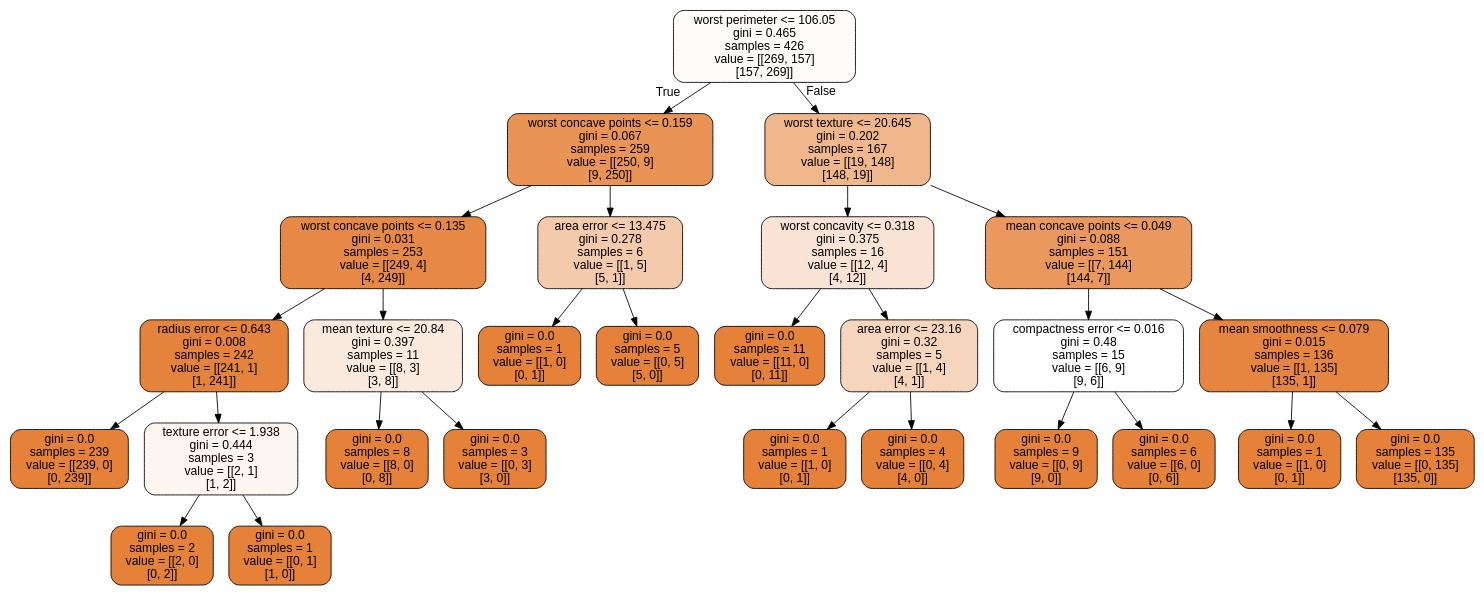
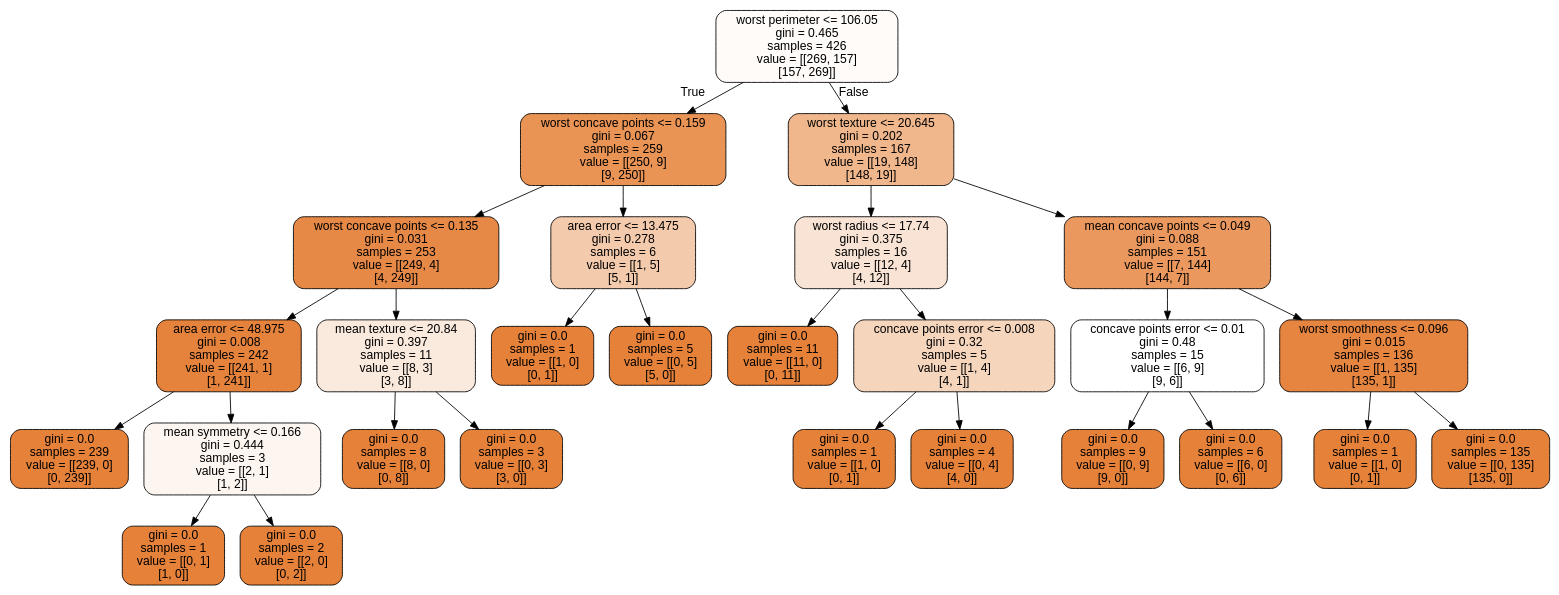
The diagram in doc/pub/week45/ipynb/DataFiles/cancer.dot (CompPhysics/MachineLearning), drawn with Graphviz before and after one commit. The commit also changed 8 other files, not shown here.

```diff
--- a/doc/pub/week45/ipynb/DataFiles/cancer.dot
+++ b/doc/pub/week45/ipynb/DataFiles/cancer.dot
@@ -1,57 +1,57 @@
 digraph Tree {
 node [shape=box, style="filled, rounded", color="black", fontname=helvetica] ;
 edge [fontname=helvetica] ;
 0 [label="worst perimeter <= 106.05\ngini = 0.465\nsamples = 426\nvalue = [[269, 157]\n[157, 269]]", fillcolor="#fefbf9"] ;
 1 [label="worst concave points <= 0.159\ngini = 0.067\nsamples = 259\nvalue = [[250, 9]\n[9, 250]]", fillcolor="#e99355"] ;
 0 -> 1 [labeldistance=2.5, labelangle=45, headlabel="True"] ;
 2 [label="worst concave points <= 0.135\ngini = 0.031\nsamples = 253\nvalue = [[249, 4]\n[4, 249]]", fillcolor="#e78946"] ;
 1 -> 2 ;
-3 [label="radius error <= 0.643\ngini = 0.008\nsamples = 242\nvalue = [[241, 1]\n[1, 241]]", fillcolor="#e5833c"] ;
+3 [label="area error <= 48.975\ngini = 0.008\nsamples = 242\nvalue = [[241, 1]\n[1, 241]]", fillcolor="#e5833c"] ;
 2 -> 3 ;
 4 [label="gini = 0.0\nsamples = 239\nvalue = [[239, 0]\n[0, 239]]", fillcolor="#e58139"] ;
 3 -> 4 ;
-5 [label="texture error <= 1.938\ngini = 0.444\nsamples = 3\nvalue = [[2, 1]\n[1, 2]]", fillcolor="#fdf6f0"] ;
+5 [label="mean symmetry <= 0.166\ngini = 0.444\nsamples = 3\nvalue = [[2, 1]\n[1, 2]]", fillcolor="#fdf6f0"] ;
 3 -> 5 ;
-6 [label="gini = 0.0\nsamples = 2\nvalue = [[2, 0]\n[0, 2]]", fillcolor="#e58139"] ;
+6 [label="gini = 0.0\nsamples = 1\nvalue = [[0, 1]\n[1, 0]]", fillcolor="#e58139"] ;
 5 -> 6 ;
-7 [label="gini = 0.0\nsamples = 1\nvalue = [[0, 1]\n[1, 0]]", fillcolor="#e58139"] ;
+7 [label="gini = 0.0\nsamples = 2\nvalue = [[2, 0]\n[0, 2]]", fillcolor="#e58139"] ;
 5 -> 7 ;
 8 [label="mean texture <= 20.84\ngini = 0.397\nsamples = 11\nvalue = [[8, 3]\n[3, 8]]", fillcolor="#fae9dd"] ;
 2 -> 8 ;
 9 [label="gini = 0.0\nsamples = 8\nvalue = [[8, 0]\n[0, 8]]", fillcolor="#e58139"] ;
 8 -> 9 ;
 10 [label="gini = 0.0\nsamples = 3\nvalue = [[0, 3]\n[3, 0]]", fillcolor="#e58139"] ;
 8 -> 10 ;
 11 [label="area error <= 13.475\ngini = 0.278\nsamples = 6\nvalue = [[1, 5]\n[5, 1]]", fillcolor="#f4caac"] ;
 1 -> 11 ;
 12 [label="gini = 0.0\nsamples = 1\nvalue = [[1, 0]\n[0, 1]]", fillcolor="#e58139"] ;
 11 -> 12 ;
 13 [label="gini = 0.0\nsamples = 5\nvalue = [[0, 5]\n[5, 0]]", fillcolor="#e58139"] ;
 11 -> 13 ;
 14 [label="worst texture <= 20.645\ngini = 0.202\nsamples = 167\nvalue = [[19, 148]\n[148, 19]]", fillcolor="#f0b68c"] ;
 0 -> 14 [labeldistance=2.5, labelangle=-45, headlabel="False"] ;
-15 [label="worst concavity <= 0.318\ngini = 0.375\nsamples = 16\nvalue = [[12, 4]\n[4, 12]]", fillcolor="#f9e3d4"] ;
+15 [label="worst radius <= 17.74\ngini = 0.375\nsamples = 16\nvalue = [[12, 4]\n[4, 12]]", fillcolor="#f9e3d4"] ;
 14 -> 15 ;
 16 [label="gini = 0.0\nsamples = 11\nvalue = [[11, 0]\n[0, 11]]", fillcolor="#e58139"] ;
 15 -> 16 ;
-17 [label="area error <= 23.16\ngini = 0.32\nsamples = 5\nvalue = [[1, 4]\n[4, 1]]", fillcolor="#f6d5bd"] ;
+17 [label="concave points error <= 0.008\ngini = 0.32\nsamples = 5\nvalue = [[1, 4]\n[4, 1]]", fillcolor="#f6d5bd"] ;
 15 -> 17 ;
 18 [label="gini = 0.0\nsamples = 1\nvalue = [[1, 0]\n[0, 1]]", fillcolor="#e58139"] ;
 17 -> 18 ;
 19 [label="gini = 0.0\nsamples = 4\nvalue = [[0, 4]\n[4, 0]]", fillcolor="#e58139"] ;
 17 -> 19 ;
 20 [label="mean concave points <= 0.049\ngini = 0.088\nsamples = 151\nvalue = [[7, 144]\n[144, 7]]", fillcolor="#ea985d"] ;
 14 -> 20 ;
-21 [label="compactness error <= 0.016\ngini = 0.48\nsamples = 15\nvalue = [[6, 9]\n[9, 6]]", fillcolor="#ffffff"] ;
+21 [label="concave points error <= 0.01\ngini = 0.48\nsamples = 15\nvalue = [[6, 9]\n[9, 6]]", fillcolor="#ffffff"] ;
 20 -> 21 ;
 22 [label="gini = 0.0\nsamples = 9\nvalue = [[0, 9]\n[9, 0]]", fillcolor="#e58139"] ;
 21 -> 22 ;
 23 [label="gini = 0.0\nsamples = 6\nvalue = [[6, 0]\n[0, 6]]", fillcolor="#e58139"] ;
 21 -> 23 ;
-24 [label="mean smoothness <= 0.079\ngini = 0.015\nsamples = 136\nvalue = [[1, 135]\n[135, 1]]", fillcolor="#e6853f"] ;
+24 [label="worst smoothness <= 0.096\ngini = 0.015\nsamples = 136\nvalue = [[1, 135]\n[135, 1]]", fillcolor="#e6853f"] ;
 20 -> 24 ;
 25 [label="gini = 0.0\nsamples = 1\nvalue = [[1, 0]\n[0, 1]]", fillcolor="#e58139"] ;
 24 -> 25 ;
 26 [label="gini = 0.0\nsamples = 135\nvalue = [[0, 135]\n[135, 0]]", fillcolor="#e58139"] ;
 24 -> 26 ;
 }
```
